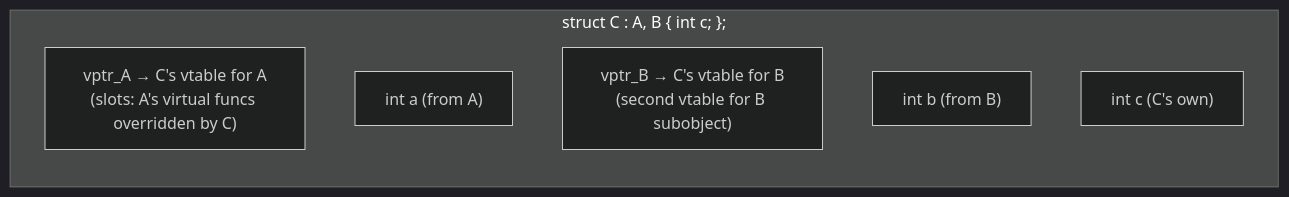
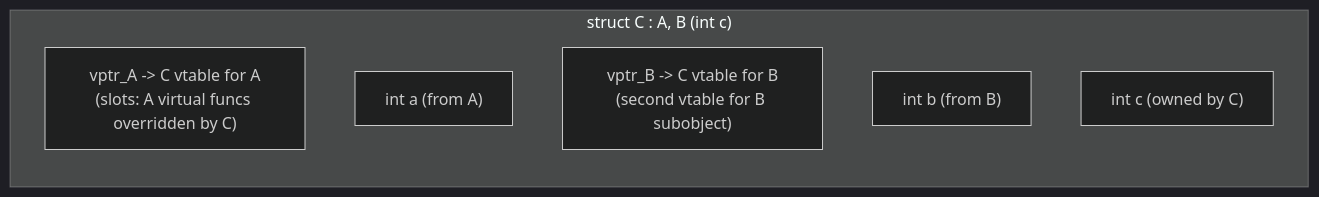
The first of 14 diagrams in docs/books/cs-reference/c-cpp-internals.md (choisimo/document), drawn with Mermaid (dark theme) before and after one commit. The commit also changed other lines of this file and 4514 other files, not shown here.

Commit message:
- sequenceDiagram` 내 `;`로 끊기던 메시지/노트 문장 정리 - `stateDiagram` 라벨 내부 추가 `:`/`::` 구문 정리 - `flowchart`에서 줄 끝 `-->` 끊김 체인 정리 - `block-betting` 오타를 `block-beta`로 수정 - 엄격 파서에서 깨지던 수식/특수문자 라벨 일부 ASCII 정규화

````diff
--- a/docs/books/cs-reference/c-cpp-internals.md
+++ b/docs/books/cs-reference/c-cpp-internals.md
@@ -125,11 +125,11 @@
 ```mermaid
 flowchart TD
-    subgraph MI_Object["struct C : A, B { int c; };"]
+    subgraph MI_Object["struct C : A, B (int c)"]
         direction TB
-        VPTR_A["vptr_A → C's vtable for A\n(slots: A's virtual funcs overridden by C)"]
+        VPTR_A["vptr_A -> C vtable for A\n(slots: A virtual funcs overridden by C)"]
         A_DATA["int a (from A)"]
-        VPTR_B["vptr_B → C's vtable for B\n(second vtable for B subobject)"]
+        VPTR_B["vptr_B -> C vtable for B\n(second vtable for B subobject)"]
         B_DATA["int b (from B)"]
-        C_DATA["int c (C's own)"]
+        C_DATA["int c (owned by C)"]
     end
 ```
````
